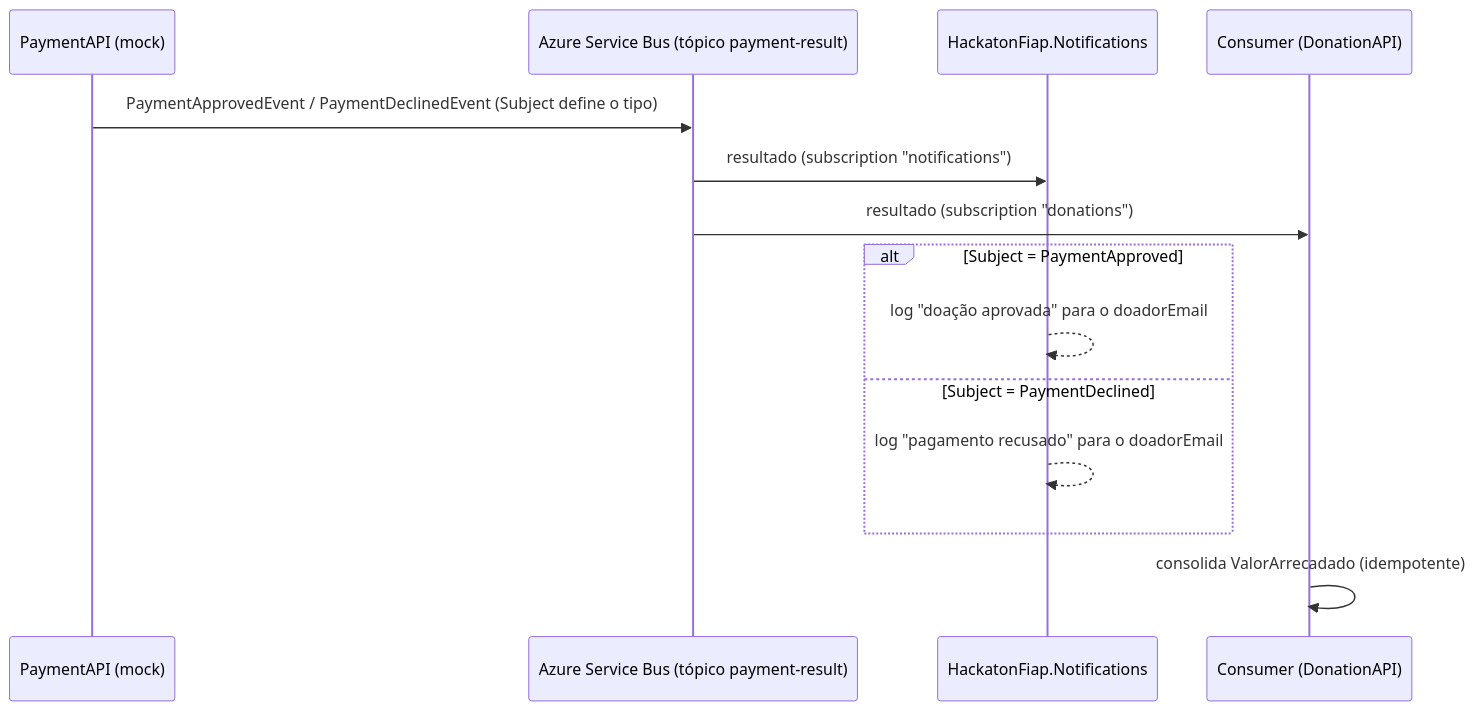
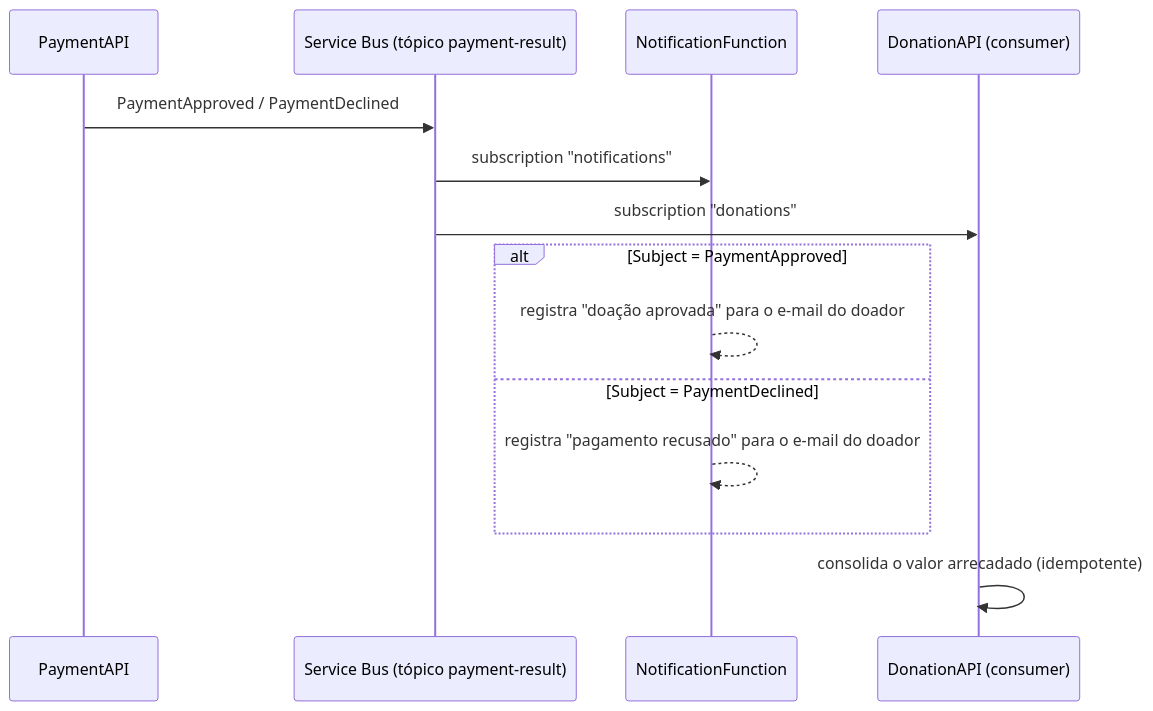
Before and after one commit to GabrielVeridico/hackaton-fiap-notifications: the diagram in README.md, drawn with Mermaid. The commit also changed other lines of this file, not shown here.

````diff
--- a/README.md
+++ b/README.md
@@ -16,17 +25,17 @@
 ```mermaid
 sequenceDiagram
-    participant PAY as PaymentAPI (mock)
-    participant SB as Azure Service Bus (tópico payment-result)
-    participant NOTIF as HackatonFiap.Notifications
-    participant CON as Consumer (DonationAPI)
+    participant PA as PaymentAPI
+    participant SB as Service Bus (tópico payment-result)
+    participant NF as NotificationFunction
+    participant DA as DonationAPI (consumer)
 
-    PAY->>SB: PaymentApprovedEvent / PaymentDeclinedEvent (Subject define o tipo)
-    SB->>NOTIF: resultado (subscription "notifications")
-    SB->>CON: resultado (subscription "donations")
+    PA->>SB: PaymentApproved / PaymentDeclined
+    SB->>NF: subscription "notifications"
+    SB->>DA: subscription "donations"
     alt Subject = PaymentApproved
-        NOTIF-->>NOTIF: log "doação aprovada" para o doadorEmail
+        NF-->>NF: registra "doação aprovada" para o e-mail do doador
     else Subject = PaymentDeclined
-        NOTIF-->>NOTIF: log "pagamento recusado" para o doadorEmail
+        NF-->>NF: registra "pagamento recusado" para o e-mail do doador
     end
-    CON->>CON: consolida ValorArrecadado (idempotente)
+    DA->>DA: consolida o valor arrecadado (idempotente)
 ```
````
